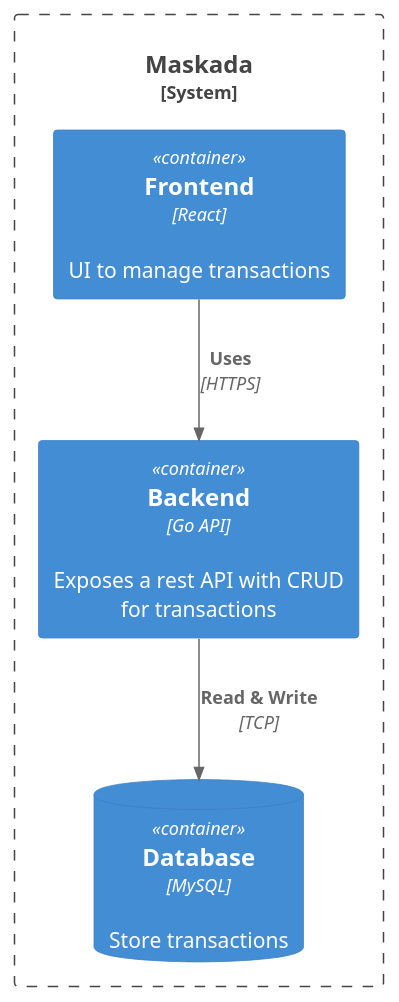
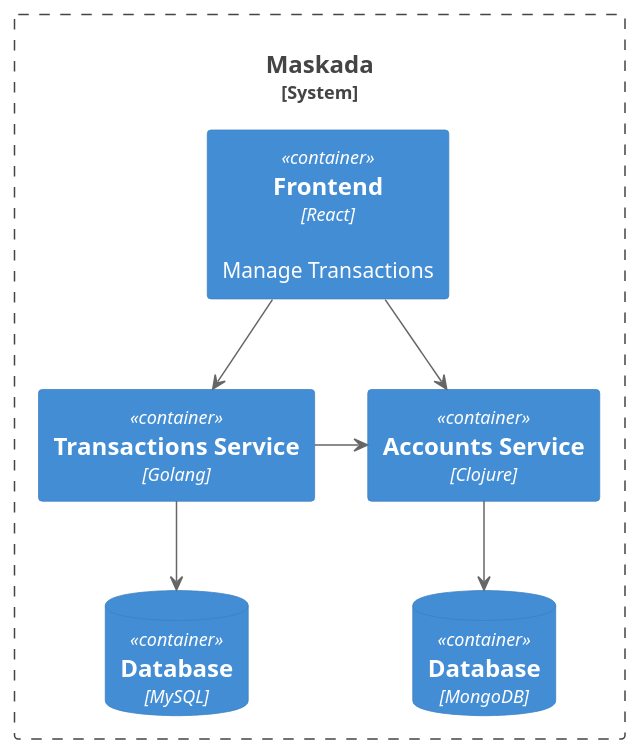
Before and after one commit to gritt/maskada: the diagram in wiki/c4-container.puml, drawn with PlantUML.

Commit message:
C4 Diagram.

```diff
--- a/wiki/c4-container.puml
+++ b/wiki/c4-container.puml
@@ -1,12 +1,21 @@
-@startuml System Context
+@startuml Container
 !includeurl https://raw.githubusercontent.com/RicardoNiepel/C4-PlantUML/release/1-0/C4_Container.puml
 
 System_Boundary(maskada, "Maskada") {
-    Container(app_fe, "Frontend", "React", "UI to manage transactions")
-    Container(app_be, "Backend", "Go API", "Exposes a rest API with CRUD for transactions")
-    ContainerDb(db, "Database", "MySQL", "Store transactions")
+    Container(app_fe, "Frontend", "React", "Manage Transactions")
+
+    Container(accounts_service, "Accounts Service", "Clojure")
+    ContainerDb(accounts_db, "Database", "MongoDB")
+    accounts_service --> accounts_db
+
+    Container(transactions_service, "Transactions Service", "Golang")
+    ContainerDb(transactions_db, "Database", "MySQL")
+    transactions_service --> transactions_db
+
+    transactions_service -> accounts_service
+
+    app_fe --> accounts_service
+    app_fe --> transactions_service
 }
-Rel(app_fe, app_be, "Uses", "HTTPS")
-Rel(app_be, db, "Read & Write", "TCP")
 
 @enduml
```
